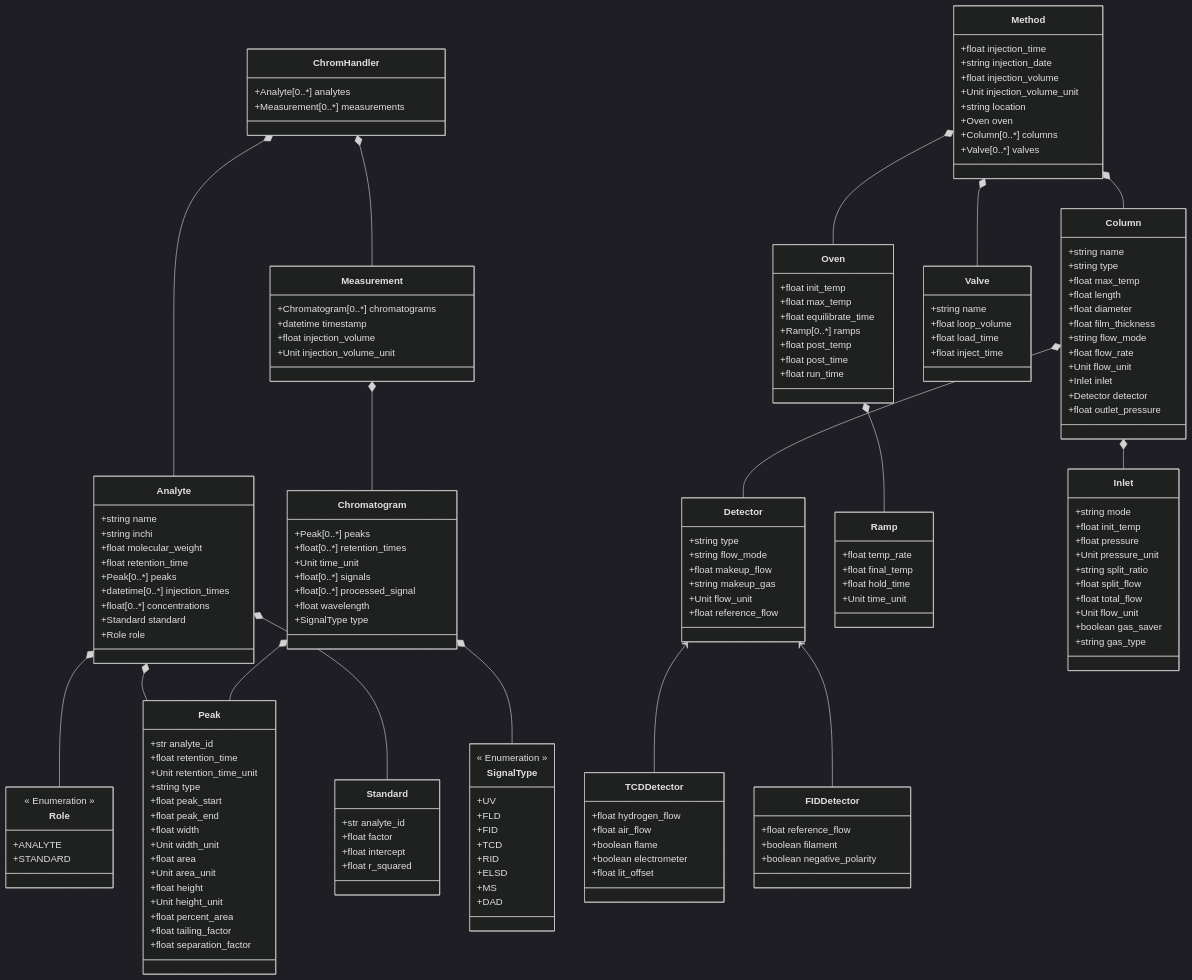
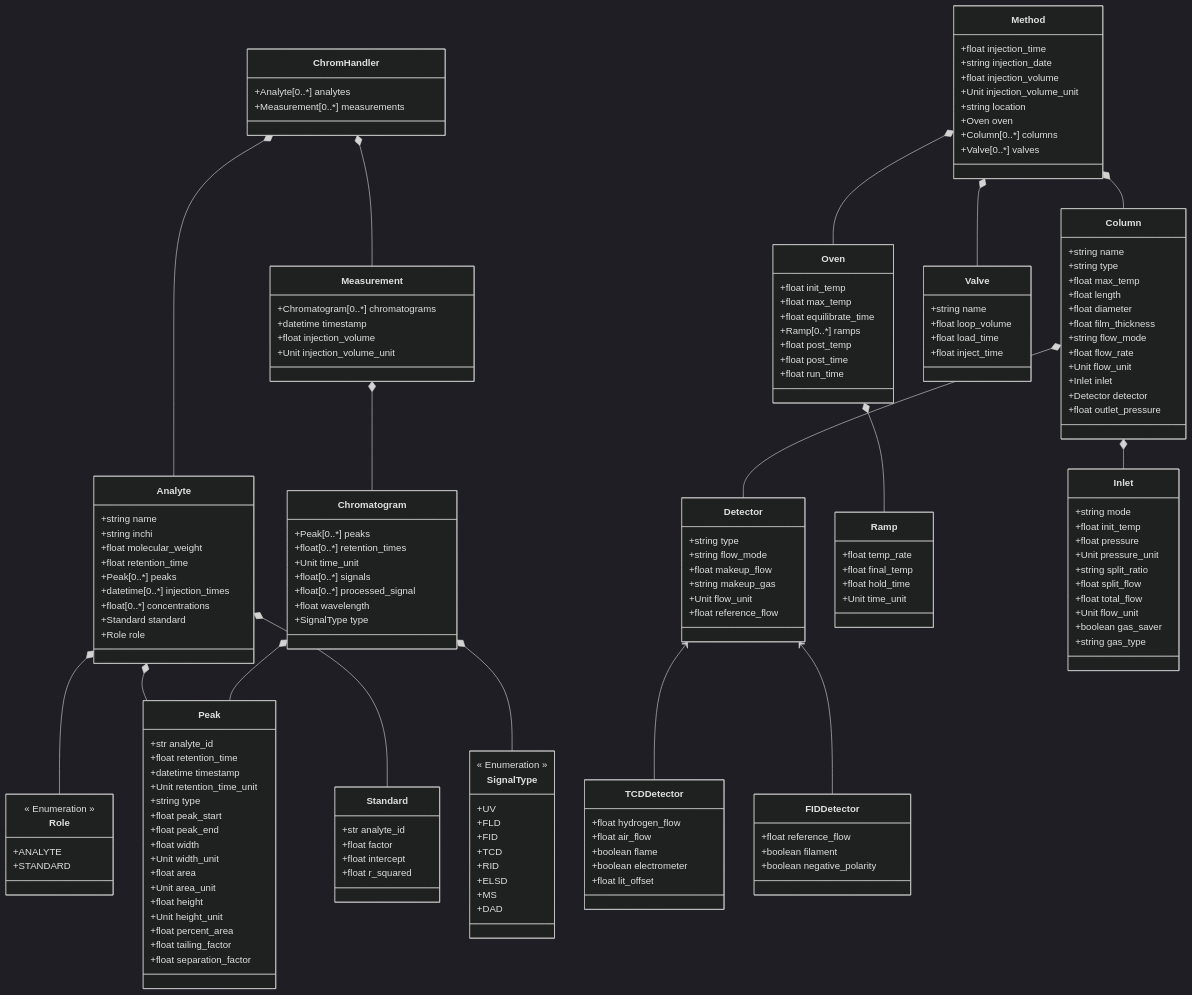
One commit to FAIRChemistry/chromatopy changed the diagram in chromatopy/schemes/chromatopy_schema.md. Above: the diagram before and after it, drawn with Mermaid (dark theme). The commit also changed 10 other files, not shown here.

```diff
--- a/chromatopy/schemes/chromatopy_schema.md
+++ b/chromatopy/schemes/chromatopy_schema.md
@@ -54,6 +54,7 @@
     class Peak {
         +str analyte_id
         +float retention_time
+        +datetime timestamp
         +Unit retention_time_unit
         +string type
         +float peak_start
```
